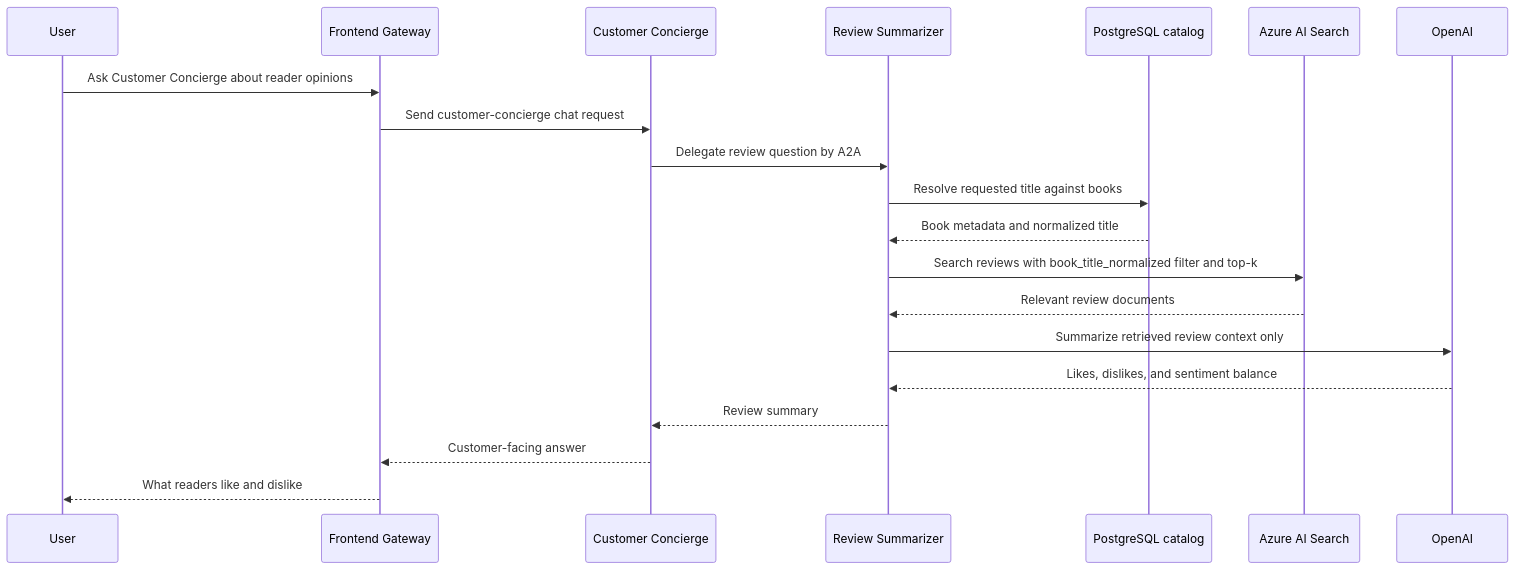
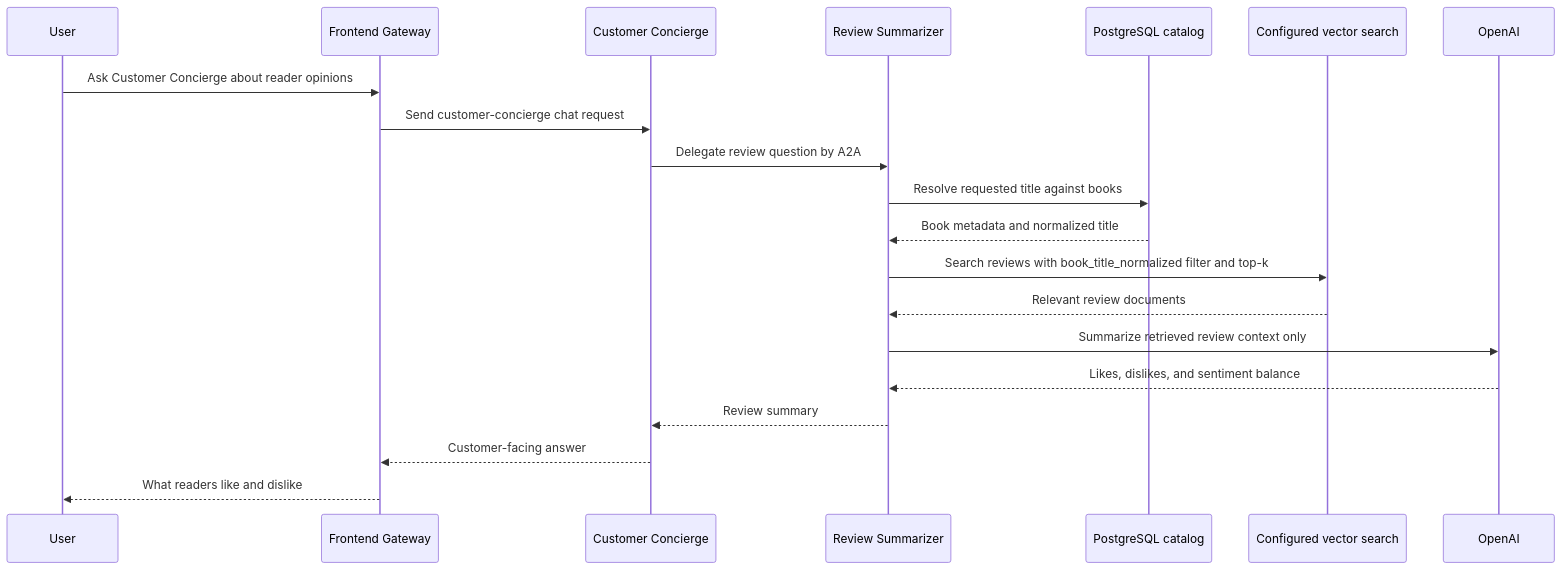
One commit to athanasios-u8/agentic-platform-k8s changed the fifth of 7 diagrams in docs/bookstore-agent-scenario.md. Above: the diagram before and after it, drawn with Mermaid. The commit also changed other lines of this file and 60 other files, not shown here.

````diff
--- a/docs/bookstore-agent-scenario.md
+++ b/docs/bookstore-agent-scenario.md
@@ -309,23 +313,23 @@
 ```mermaid
 sequenceDiagram
   participant User
   participant GW as Frontend Gateway
   participant CC as Customer Concierge
   participant Reviews as Review Summarizer
   participant DB as PostgreSQL catalog
-  participant Search as Azure AI Search
+  participant Search as Configured vector search
   participant OpenAI as OpenAI
 
   User->>GW: Ask Customer Concierge about reader opinions
   GW->>CC: Send customer-concierge chat request
   CC->>Reviews: Delegate review question by A2A
   Reviews->>DB: Resolve requested title against books
   DB-->>Reviews: Book metadata and normalized title
   Reviews->>Search: Search reviews with book_title_normalized filter and top-k
   Search-->>Reviews: Relevant review documents
   Reviews->>OpenAI: Summarize retrieved review context only
   OpenAI-->>Reviews: Likes, dislikes, and sentiment balance
   Reviews-->>CC: Review summary
   CC-->>GW: Customer-facing answer
   GW-->>User: What readers like and dislike
 ```
````
